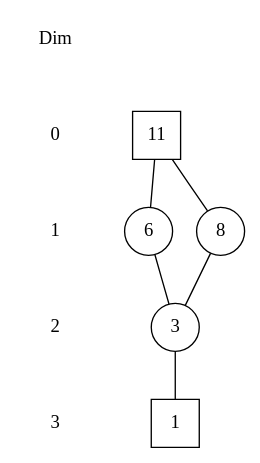
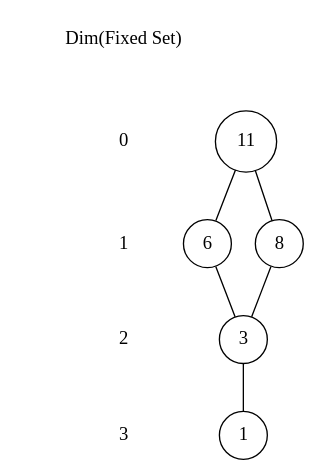
Before and after one commit to psistwu/equideg: the diagram in demo/demo20_OrbitType/S4_irr4_latorbt.dot, drawn with Graphviz. The commit also changed 9 other files, not shown here.

```diff
--- a/demo/demo20_OrbitType/S4_irr4_latorbt.dot
+++ b/demo/demo20_OrbitType/S4_irr4_latorbt.dot
@@ -1,27 +1,27 @@
 digraph lattice {
 size = "6,6";
-"rt" [label="Dim", color=white];
+"rt" [label="Dim(Fixed Set)", color=white];
 "rt" -> "s0" [color=white, arrowhead=none];
 "s0" [label="0", color=white];
 "s0" -> "s1" [color=white, arrowhead=none];
 "s1" [label="1", color=white];
 "s1" -> "s2" [color=white, arrowhead=none];
 "s2" [label="2", color=white];
 "s2" -> "s3" [color=white, arrowhead=none];
 "s3" [label="3", color=white];
-"1" [label="1", shape=square];
+"1" [label="1", shape=circle];
 { rank=same; "s3" "1"; }
 "2" [label="3", shape=circle];
 { rank=same; "s2" "2"; }
 "3" [label="6", shape=circle];
 { rank=same; "s1" "3"; }
 "4" [label="8", shape=circle];
 { rank=same; "s1" "4"; }
-"5" [label="11", shape=square];
+"5" [label="11", shape=circle];
 { rank=same; "s0" "5"; }
 "2" -> "1" [arrowhead=none];
 "3" -> "2" [arrowhead=none];
 "4" -> "2" [arrowhead=none];
 "5" -> "3" [arrowhead=none];
 "5" -> "4" [arrowhead=none];
 }
```
